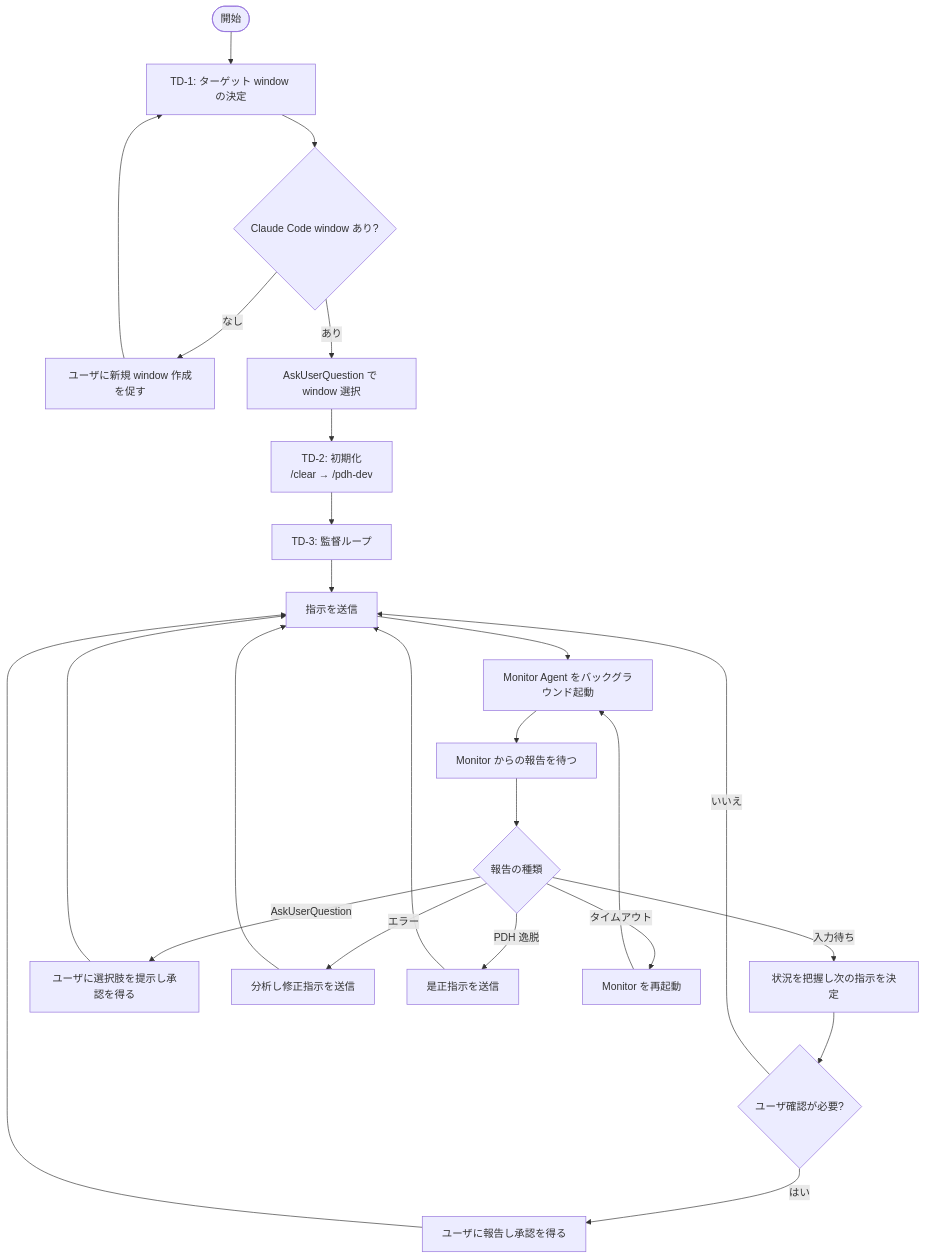
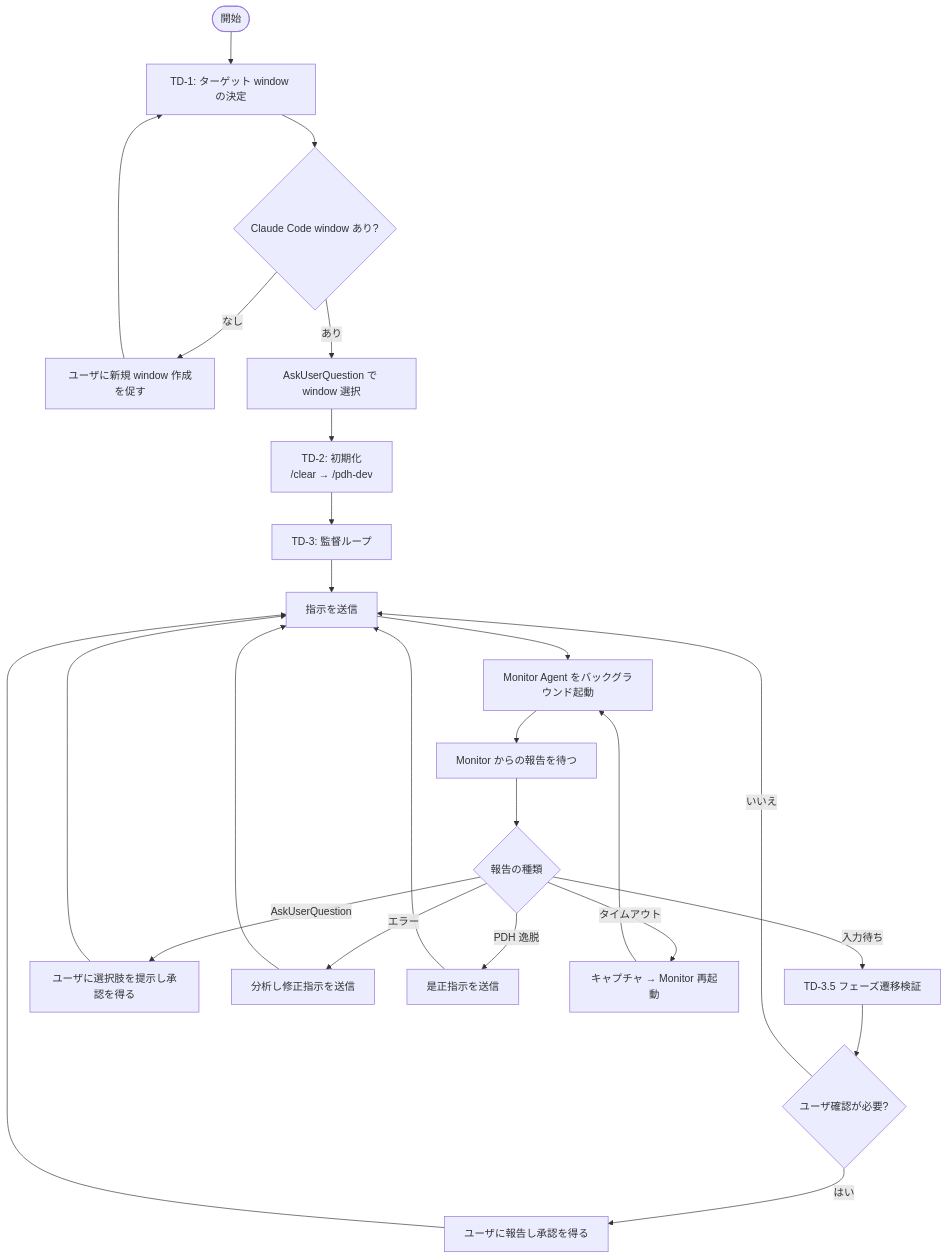
Before and after one commit to masuidrive/pdh: the first of 3 diagrams in skills/tmux-director/SKILL.md, drawn with Mermaid. The commit also changed other lines of this file, not shown here.

First line of the commit message:
refactor(tmux-director): 情報重複の集約・TD-3.5 統合・Monitor 改善

````diff
--- a/skills/tmux-director/SKILL.md
+++ b/skills/tmux-director/SKILL.md
@@ -18,27 +18,27 @@
 ```mermaid
 flowchart TD
     Start([開始]) --> TD1["TD-1: ターゲット window の決定"]
     TD1 --> TD1q{"Claude Code window あり?"}
     TD1q -- "なし" --> TD1new["ユーザに新規 window 作成を促す"]
     TD1new --> TD1
     TD1q -- "あり" --> TD1ask["AskUserQuestion で window 選択"]
     TD1ask --> TD2["TD-2: 初期化<br/>/clear → /pdh-dev"]
     TD2 --> TD3["TD-3: 監督ループ"]
     TD3 --> TD3send["指示を送信"]
     TD3send --> TD3monitor["Monitor Agent をバックグラウンド起動"]
     TD3monitor --> TD3wait["Monitor からの報告を待つ"]
     TD3wait --> TD3report{"報告の種類"}
-    TD3report -- "入力待ち" --> TD3idle["状況を把握し次の指示を決定"]
-    TD3report -- "AskUserQuestion" --> TD3ask["ユーザに選択肢を提示し承認を得る"]
+    TD3report -- "入力待ち" --> TD3idle["TD-3.5 フェーズ遷移検証"]
+    TD3report -- "AskUserQuestion" --> TD3ask2["ユーザに選択肢を提示し承認を得る"]
     TD3report -- "エラー" --> TD3err["分析し修正指示を送信"]
     TD3report -- "PDH 逸脱" --> TD3fix["是正指示を送信"]
-    TD3report -- "タイムアウト" --> TD3timeout["Monitor を再起動"]
+    TD3report -- "タイムアウト" --> TD3timeout["キャプチャ → Monitor 再起動"]
     TD3idle --> TD3gate{"ユーザ確認が必要?"}
-    TD3ask --> TD3send
+    TD3ask2 --> TD3send
     TD3err --> TD3send
     TD3fix --> TD3send
     TD3timeout --> TD3monitor
     TD3gate -- "はい" --> TD3confirm["ユーザに報告し承認を得る"]
     TD3confirm --> TD3send
     TD3gate -- "いいえ" --> TD3send
 ```
````
